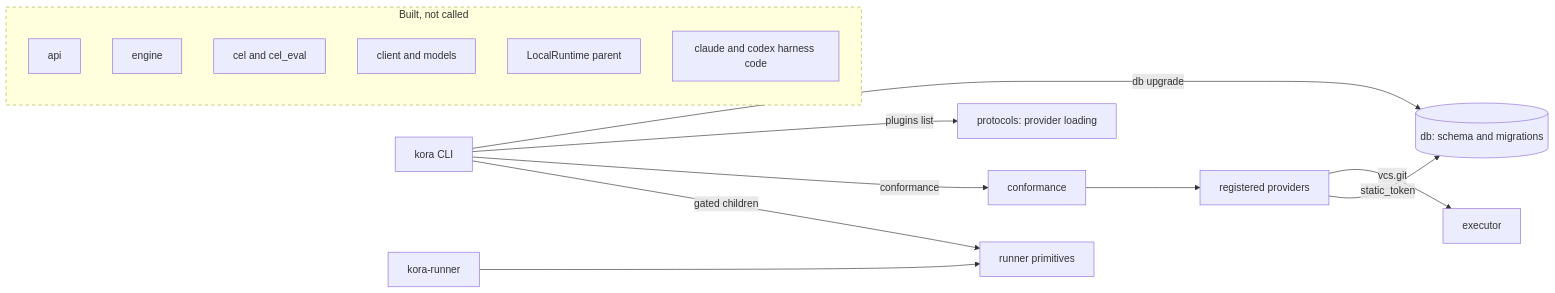
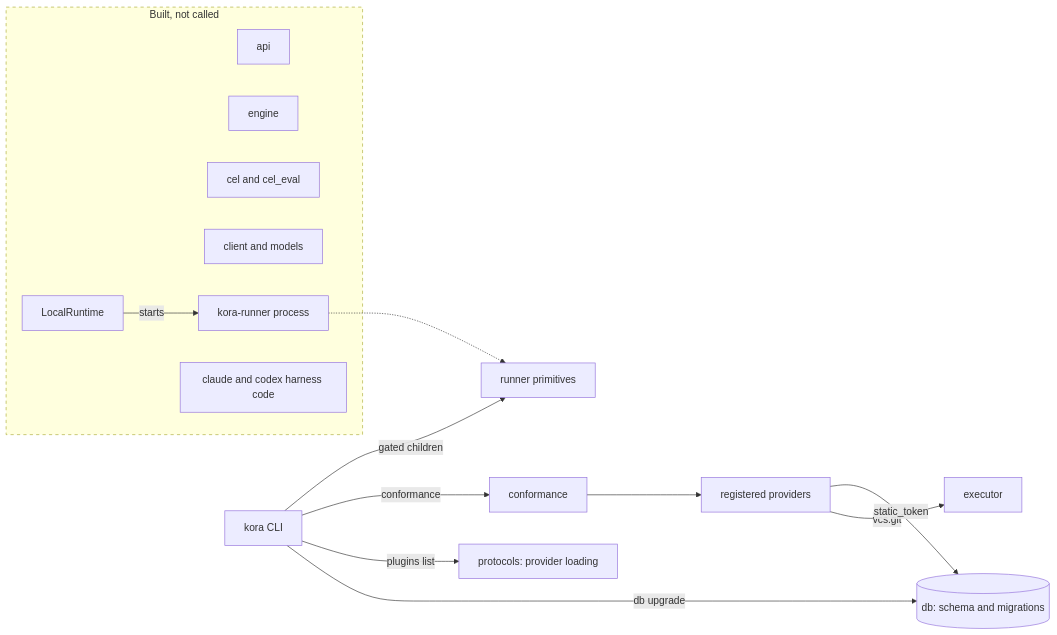
Before and after one commit to realkarych/kora: the diagram in knowledge/architecture/current.md, drawn with Mermaid. The commit also changed other lines of this file and 2 other files, not shown here.

````diff
--- a/knowledge/architecture/current.md
+++ b/knowledge/architecture/current.md
@@ -74,22 +74,22 @@
 ```mermaid
 flowchart LR
     accTitle: Callers of the existing packages
-    accDescr: The kora CLI reaches the database migrations, provider listing and the conformance command. Conformance constructs the registered providers and the plan executor. The local runtime's runner process uses the runner primitives. The API, engine, CEL, client, models, local runtime parent and harness adapters are reached only from tests.
+    accDescr: The kora CLI reaches the database migrations, provider listing and the conformance command, and starts gated child processes with the runner primitives. Conformance constructs the registered providers and the plan executor. The API, engine, CEL, client, models, the local runtime with its runner processes, and the harness adapters are reached only from tests.
     CLI["kora CLI"] -->|db upgrade| DB[("db: schema and migrations")]
     CLI -->|plugins list| LOAD["protocols: provider loading"]
     CLI -->|conformance| CONF["conformance"]
     CONF --> PROV["registered providers"]
     PROV -->|vcs.git| EXEC["executor"]
     PROV -->|static_token| DB
-    RUNNER["kora-runner"] --> PRIM["runner primitives"]
-    CLI -->|gated children| PRIM
+    CLI -->|gated children| PRIM["runner primitives"]
     subgraph unused ["Built, not called"]
         API["api"]
         ENGINE["engine"]
         CEL["cel and cel_eval"]
         CLIENT["client and models"]
-        LOCAL["LocalRuntime parent"]
+        LOCAL["LocalRuntime"] -->|starts| RUNNER["kora-runner process"]
         HARNESS["claude and codex harness code"]
     end
+    RUNNER -.-> PRIM
     style unused stroke-dasharray: 5 5
 ```
````
